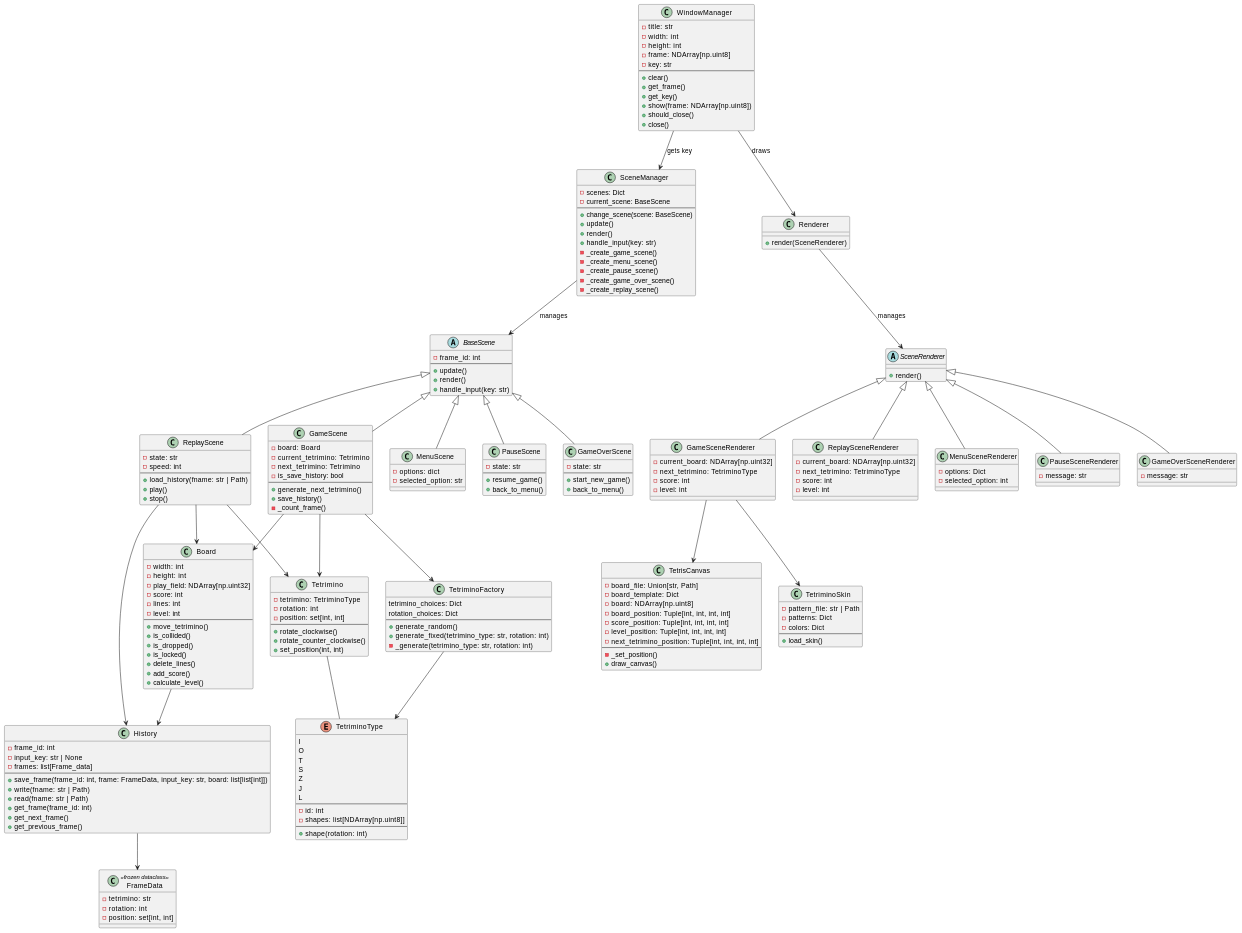
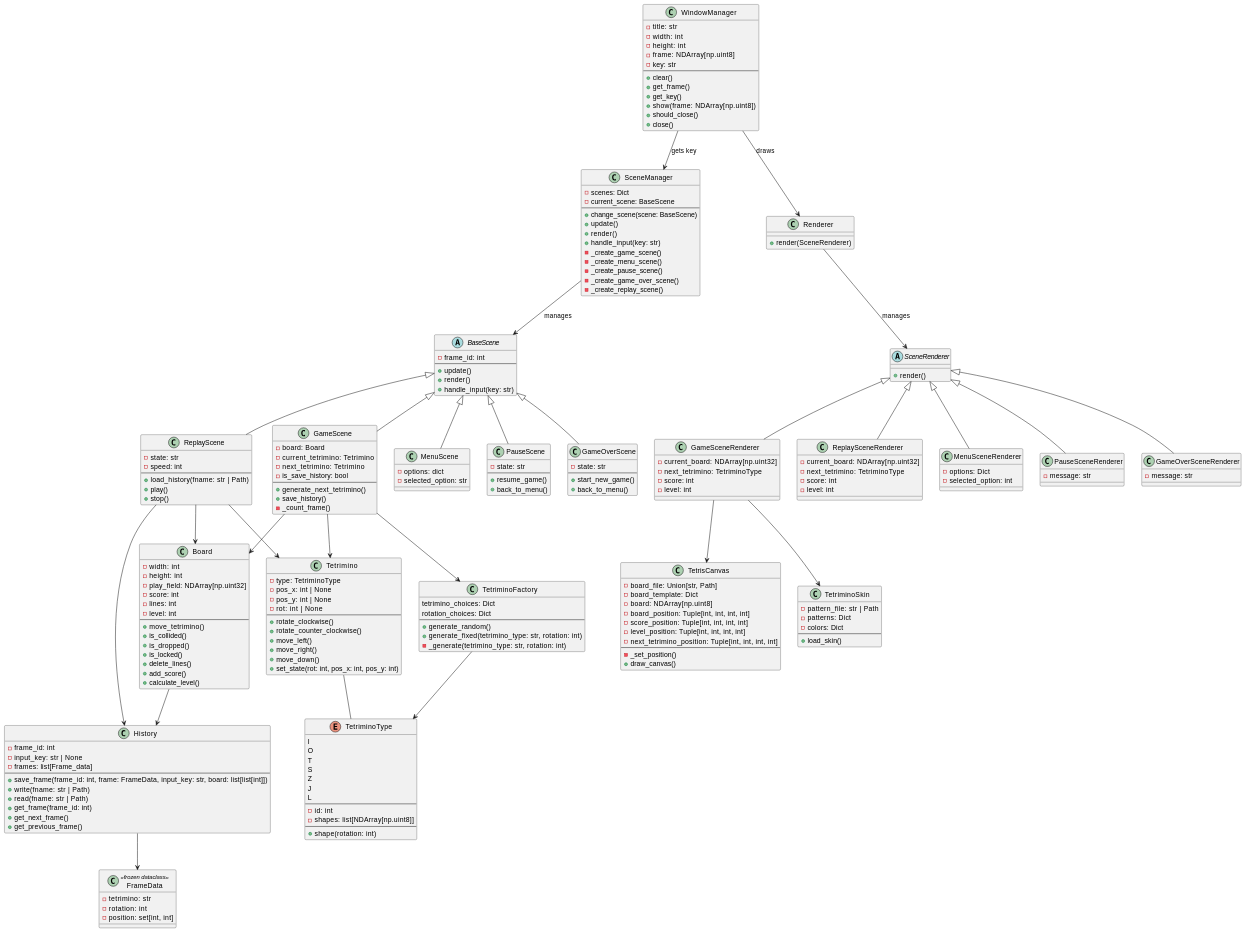
One commit to tsuzuki-nekozuki/python-tetris changed the diagram in README.md. Above: the diagram before and after it, drawn with PlantUML. The commit also changed 2 other files, not shown here.

Commit message:
add Tetrimino

```diff
--- a/README.md
+++ b/README.md
@@ -184,13 +184,17 @@
 }
 
 class Tetrimino {
-    - tetrimino: TetriminoType
-    - rotation: int
-    - position: set[int, int]
+    - type: TetriminoType
+    - pos_x: int | None
+    - pos_y: int | None
+    - rot: int | None
     ---
     + rotate_clockwise()
     + rotate_counter_clockwise()
-    + set_position(int, int)
+    + move_left()
+    + move_right()
+    + move_down()
+    + set_state(rot: int, pos_x: int, pos_y: int)
 }
 
 Enum TetriminoType {
```
